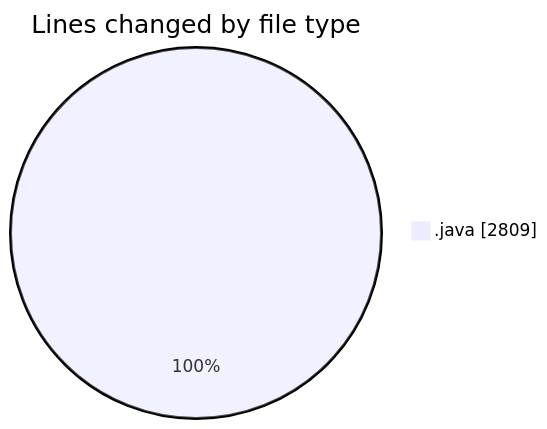
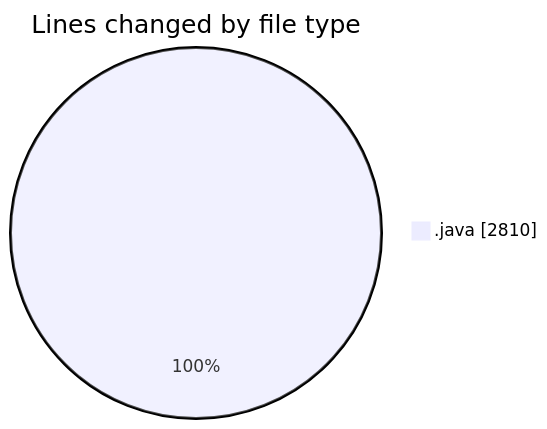
Before and after one commit to Elitesun/code-tracking: the first of 2 diagrams in 2025-02-21/projet/README.md, drawn with Mermaid. The commit also changed other lines of this file and 1 other file, not shown here.

````diff
--- a/2025-02-21/projet/README.md
+++ b/2025-02-21/projet/README.md
@@ -31,5 +31,5 @@
 ```mermaid
 pie showData
 title Lines changed by file type
-".java" : 2809
+".java" : 2810
 ```
````
